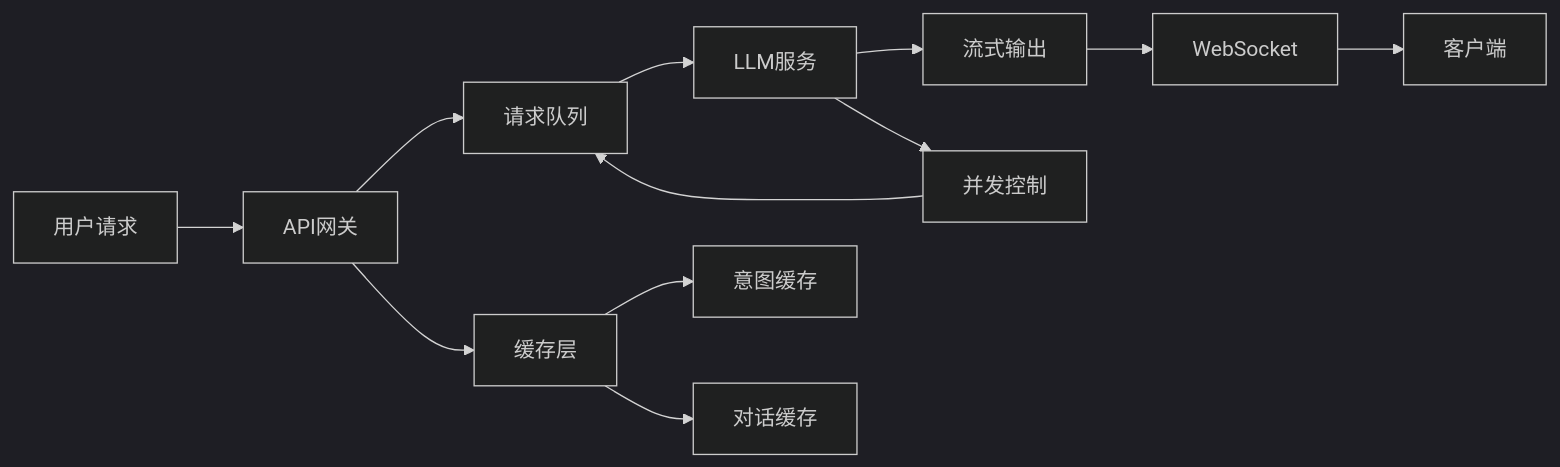
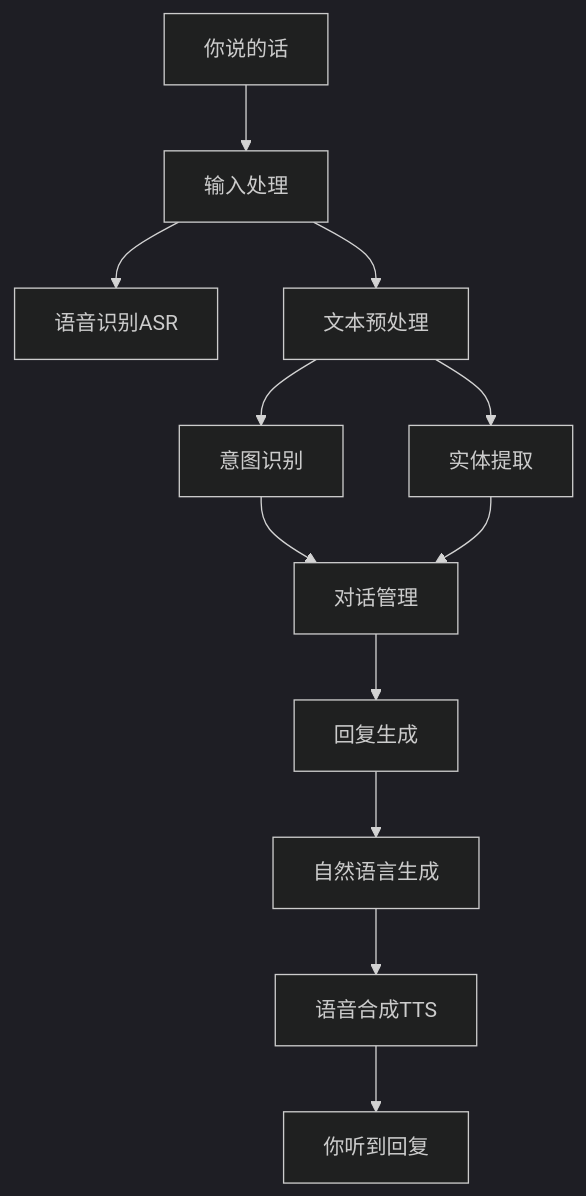
The diagram in content/人工智能工具实操/数字人构建/交互系统/数字人交互系统.md (520705/ai-knowledge-site), drawn with Mermaid (dark theme) before and after one commit. The commit also changed other lines of this file and 341 other files, not shown here.

````diff
--- a/content/人工智能工具实操/数字人构建/交互系统/数字人交互系统.md
+++ b/content/人工智能工具实操/数字人构建/交互系统/数字人交互系统.md
@@ -771,16 +58,14 @@
 ```mermaid
-graph LR
-    A[用户请求] --> B[API网关]
-    B --> C[请求队列]
-    C --> D[LLM服务]
-    D --> E[流式输出]
-    E --> F[WebSocket]
-    F --> G[客户端]
-    
-    D --> H[并发控制]
-    H --> C
-    
-    B --> I[缓存层]
-    I --> J[意图缓存]
-    I --> K[对话缓存]
+graph TD
+    A[你说的话] --> B[输入处理]
+    B --> C[语音识别ASR]
+    B --> D[文本预处理]
+    D --> E[意图识别]
+    D --> F[实体提取]
+    E --> G[对话管理]
+    F --> G
+    G --> H[回复生成]
+    H --> I[自然语言生成]
+    I --> J[语音合成TTS]
+    J --> K[你听到回复]
 ```
````
